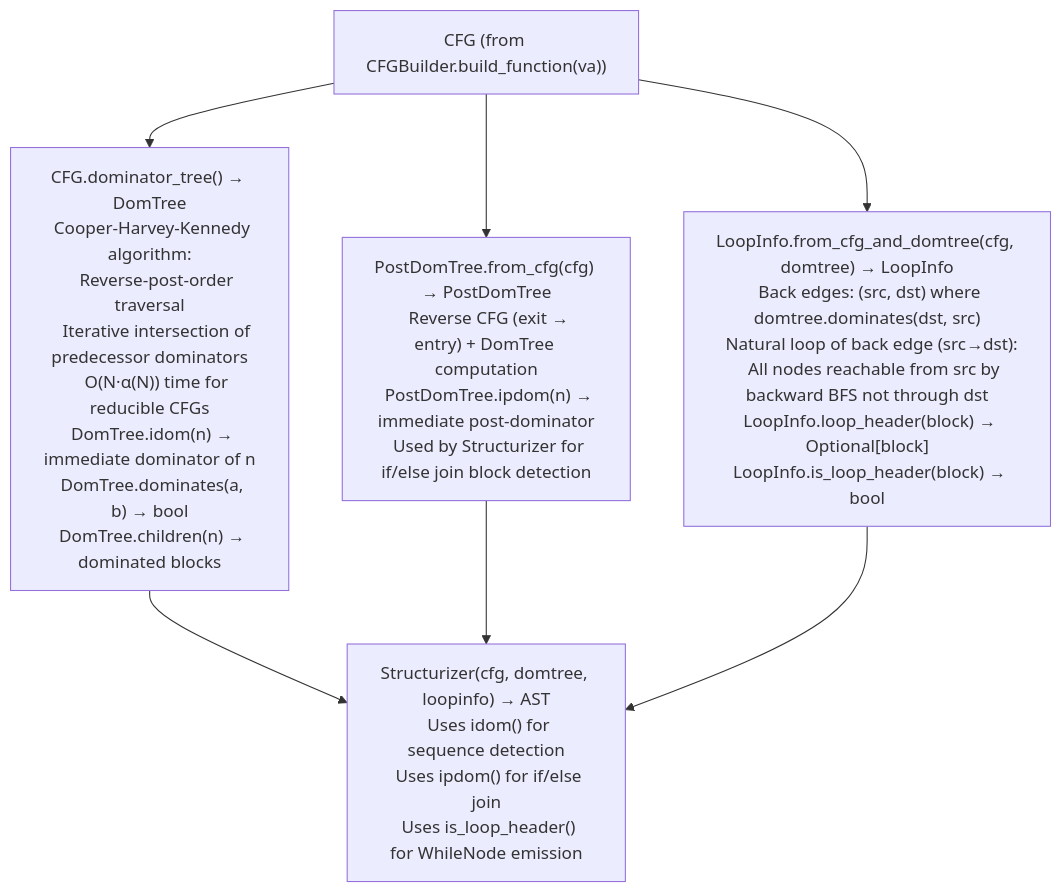
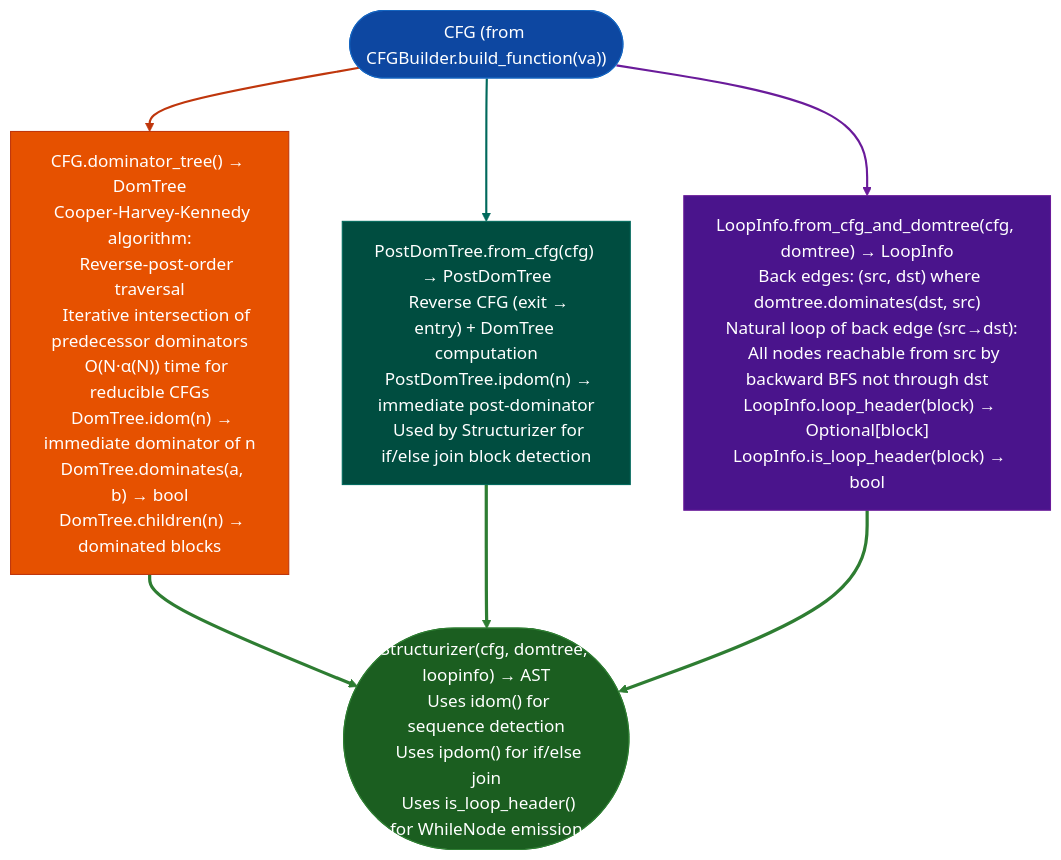
Before and after one commit to Ablation-Tool/ablation: the diagram in docs/reference-modules/dominators-and-loop-analysis.md, drawn with Mermaid. The commit also changed 320 other files, not shown here.

First line of the commit message:
docs: apply canonical Mermaid template to all 321 diagrams

````diff
--- a/docs/reference-modules/dominators-and-loop-analysis.md
+++ b/docs/reference-modules/dominators-and-loop-analysis.md
@@ -19,9 +19,21 @@
 ```mermaid
 flowchart TD
-    A["CFG (from CFGBuilder.build_function(va))"] --> B["CFG.dominator_tree() → DomTree\n  Cooper-Harvey-Kennedy algorithm:\n    Reverse-post-order traversal\n    Iterative intersection of predecessor dominators\n    O(N·α(N)) time for reducible CFGs\n  DomTree.idom(n) → immediate dominator of n\n  DomTree.dominates(a, b) → bool\n  DomTree.children(n) → dominated blocks"]
-    A --> C["PostDomTree.from_cfg(cfg) → PostDomTree\n  Reverse CFG (exit → entry) + DomTree computation\n  PostDomTree.ipdom(n) → immediate post-dominator\n  Used by Structurizer for if/else join block detection"]
-    A --> D["LoopInfo.from_cfg_and_domtree(cfg, domtree) → LoopInfo\n  Back edges: (src, dst) where domtree.dominates(dst, src)\n  Natural loop of back edge (src→dst):\n    All nodes reachable from src by backward BFS not through dst\n  LoopInfo.loop_header(block) → Optional[block]\n  LoopInfo.is_loop_header(block) → bool"]
-    B --> E["Structurizer(cfg, domtree, loopinfo) → AST\n  Uses idom() for sequence detection\n  Uses ipdom() for if/else join\n  Uses is_loop_header() for WhileNode emission"]
-    C --> E
-    D --> E
+    A(["CFG (from CFGBuilder.build_function(va))"]):::input --> B["CFG.dominator_tree() → DomTree\n  Cooper-Harvey-Kennedy algorithm:\n    Reverse-post-order traversal\n    Iterative intersection of predecessor dominators\n    O(N·α(N)) time for reducible CFGs\n  DomTree.idom(n) → immediate dominator of n\n  DomTree.dominates(a, b) → bool\n  DomTree.children(n) → dominated blocks"]:::primary
+    A:::input --> C["PostDomTree.from_cfg(cfg) → PostDomTree\n  Reverse CFG (exit → entry) + DomTree computation\n  PostDomTree.ipdom(n) → immediate post-dominator\n  Used by Structurizer for if/else join block detection"]:::secondary
+    A:::input --> D["LoopInfo.from_cfg_and_domtree(cfg, domtree) → LoopInfo\n  Back edges: (src, dst) where domtree.dominates(dst, src)\n  Natural loop of back edge (src→dst):\n    All nodes reachable from src by backward BFS not through dst\n  LoopInfo.loop_header(block) → Optional[block]\n  LoopInfo.is_loop_header(block) → bool"]:::tertiary
+    B:::primary --> E(["Structurizer(cfg, domtree, loopinfo) → AST\n  Uses idom() for sequence detection\n  Uses ipdom() for if/else join\n  Uses is_loop_header() for WhileNode emission"]):::output
+    C:::secondary --> E:::output
+    D:::tertiary --> E:::output
+    classDef input     fill:#0d47a1,stroke:#1565c0,color:#fff
+    classDef primary   fill:#e65100,stroke:#bf360c,color:#fff
+    classDef secondary fill:#004d40,stroke:#00695c,color:#fff
+    classDef tertiary  fill:#4a148c,stroke:#6a1b9a,color:#fff
+    classDef neutral   fill:#37474f,stroke:#546e7a,color:#fff
+    classDef output    fill:#1b5e20,stroke:#2e7d32,color:#fff
+    linkStyle 0 stroke:#bf360c,stroke-width:2px
+    linkStyle 1 stroke:#00695c,stroke-width:2px
+    linkStyle 2 stroke:#6a1b9a,stroke-width:2px
+    linkStyle 3 stroke:#2e7d32,stroke-width:3px
+    linkStyle 4 stroke:#2e7d32,stroke-width:3px
+    linkStyle 5 stroke:#2e7d32,stroke-width:3px
 ```
````
